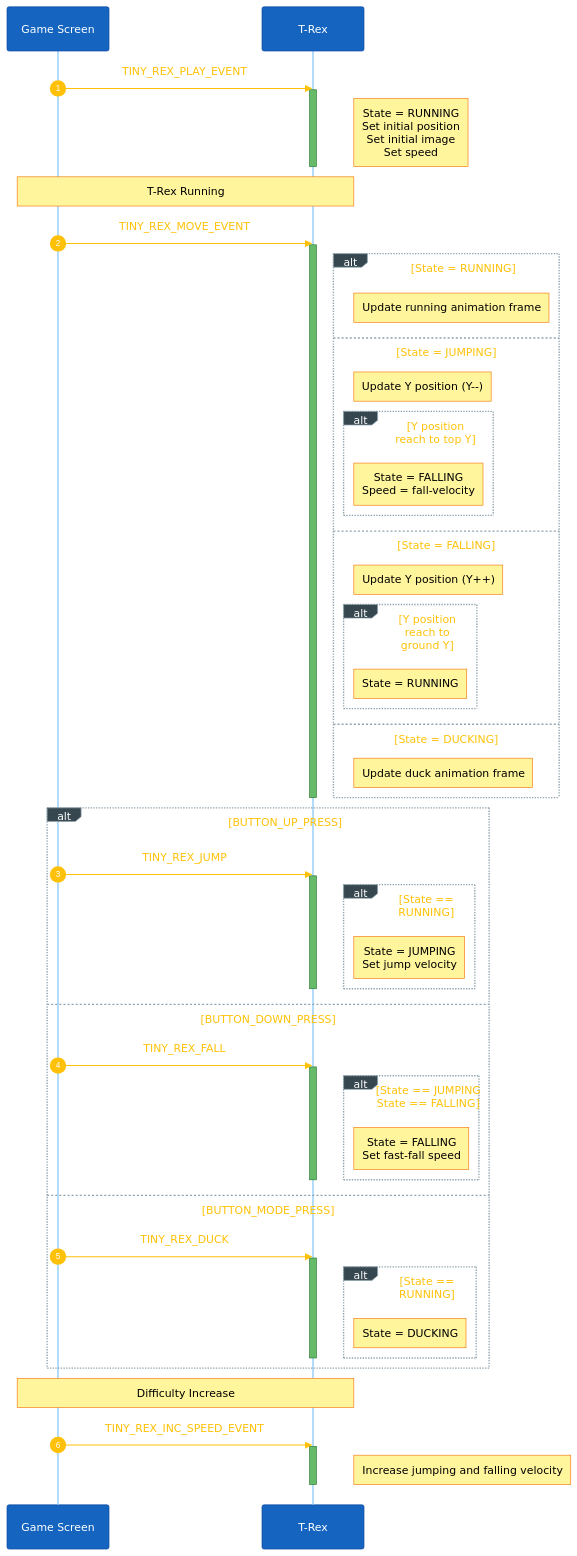
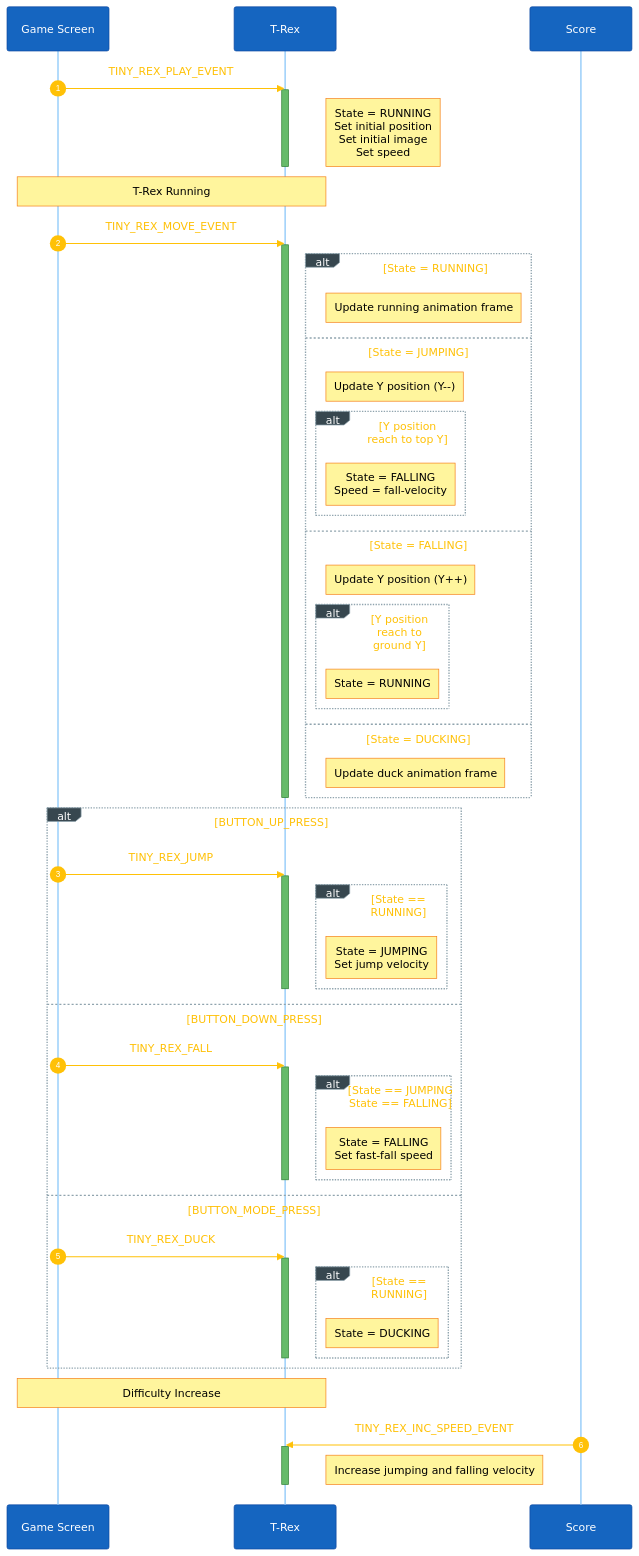
Before and after one commit to truongvanvuembedded/Tiny-Rex: the first of 4 diagrams in resource/guide/03-design-sequence-object.md, drawn with Mermaid. The commit also changed other lines of this file and 8 other files, not shown here.

````diff
--- a/resource/guide/03-design-sequence-object.md
+++ b/resource/guide/03-design-sequence-object.md
@@ -42,80 +42,81 @@
 ```mermaid
 %%{init: {'theme':'base','themeVariables':{'fontSize':'18px','primaryColor':'#1565c0','primaryTextColor':'#ffffff','primaryBorderColor':'#0d47a1','lineColor':'#90a4ae','signalColor':'#ffc107','signalTextColor':'#ffc107','actorBkg':'#1565c0','actorBorder':'#0d47a1','actorTextColor':'#ffffff','actorLineColor':'#90caf9','noteBkgColor':'#fff59d','noteTextColor':'#000000','noteBorderColor':'#f57f17','activationBkgColor':'#66bb6a','activationBorderColor':'#2e7d32','sequenceNumberColor':'#ffffff','loopTextColor':'#ffc107','labelBoxBkgColor':'#37474f','labelBoxBorderColor':'#90a4ae','labelTextColor':'#ffffff'},'sequence':{'actorMargin':120,'messageFontSize':17,'noteFontSize':15,'actorFontSize':17,'boxMargin':15,'boxTextMargin':8,'noteMargin':12,'useMaxWidth':false}}}%%
 sequenceDiagram
     autonumber
 
     participant Scr as Game Screen
     participant Rex as T-Rex
+    participant Score as Score
 
     %% ==================================================
     %% T-Rex setup
     %% ==================================================
 
-	Scr->>Rex: TINY_REX_PLAY_EVENT
-	activate Rex
-	Note right of Rex: State = RUNNING<br/>Set initial position<br/>Set initial image<br/>Set speed
-	deactivate Rex
+    Scr->>Rex: TINY_REX_PLAY_EVENT
+    activate Rex
+    Note right of Rex: State = RUNNING<br/>Set initial position<br/>Set initial image<br/>Set speed
+    deactivate Rex
 
     %% ==================================================
     %% T-Rex Running
     %% ==================================================
-	Note over Scr,Rex: T-Rex Running
+    Note over Scr,Rex: T-Rex Running
 
-	Scr->>Rex: TINY_REX_MOVE_EVENT
-	activate Rex
+    Scr->>Rex: TINY_REX_MOVE_EVENT
+    activate Rex
 
-	alt State = RUNNING
-		Note right of Rex: Update running animation frame
-	else State = JUMPING
-		Note right of Rex: Update Y position (Y--)
-		alt Y position reach to top Y
-			Note right of Rex: State = FALLING <br/> Speed = fall-velocity
-		end
-	else State = FALLING
-		Note right of Rex: Update Y position (Y++)
-		alt Y position reach to ground Y
-			Note right of Rex: State = RUNNING
-		end
-	else State = DUCKING
-		Note right of Rex: Update duck animation frame
-	end
-	deactivate Rex
+    alt State = RUNNING
+        Note right of Rex: Update running animation frame
+    else State = JUMPING
+        Note right of Rex: Update Y position (Y--)
+        alt Y position reach to top Y
+            Note right of Rex: State = FALLING <br/> Speed = fall-velocity
+        end
+    else State = FALLING
+        Note right of Rex: Update Y position (Y++)
+        alt Y position reach to ground Y
+            Note right of Rex: State = RUNNING
+        end
+    else State = DUCKING
+        Note right of Rex: Update duck animation frame
+    end
+    deactivate Rex
 
     %% ==================================================
     %% Button Control
     %% ==================================================
-	alt BUTTON_UP_PRESS
-		Scr->>Rex: TINY_REX_JUMP
-		activate Rex
-		alt State == RUNNING
-			Note right of Rex: State = JUMPING <br/> Set jump velocity
-		end
-		deactivate Rex
+    alt BUTTON_UP_PRESS
+        Scr->>Rex: TINY_REX_JUMP
+        activate Rex
+        alt State == RUNNING
+            Note right of Rex: State = JUMPING <br/> Set jump velocity
+        end
+        deactivate Rex
 
-	else BUTTON_DOWN_PRESS
-		Scr->>Rex: TINY_REX_FALL
-		activate Rex
-		alt State == JUMPING <br/> State == FALLING
-			Note right of Rex: State = FALLING <br/> Set fast-fall speed
-		end
-		deactivate Rex
+    else BUTTON_DOWN_PRESS
+        Scr->>Rex: TINY_REX_FALL
+        activate Rex
+        alt State == JUMPING <br/> State == FALLING
+            Note right of Rex: State = FALLING <br/> Set fast-fall speed
+        end
+        deactivate Rex
 
-	else BUTTON_MODE_PRESS
-		Scr->>Rex: TINY_REX_DUCK
-		activate Rex
-		alt State == RUNNING
-			Note right of Rex: State = DUCKING
-		end
-		deactivate Rex
-	end
+    else BUTTON_MODE_PRESS
+        Scr->>Rex: TINY_REX_DUCK
+        activate Rex
+        alt State == RUNNING
+            Note right of Rex: State = DUCKING
+        end
+        deactivate Rex
+    end
 
     %% ==================================================
     %% Speed Increase
     %% ==================================================
-	Note over Scr,Rex: Difficulty Increase
+    Note over Scr,Rex: Difficulty Increase
 
-	Scr->>Rex: TINY_REX_INC_SPEED_EVENT
-	activate Rex
-	Note right of Rex: Increase jumping and falling velocity
-	deactivate Rex
+    Score->>Rex: TINY_REX_INC_SPEED_EVENT
+    activate Rex
+    Note right of Rex: Increase jumping and falling velocity
+    deactivate Rex
 ```
````
